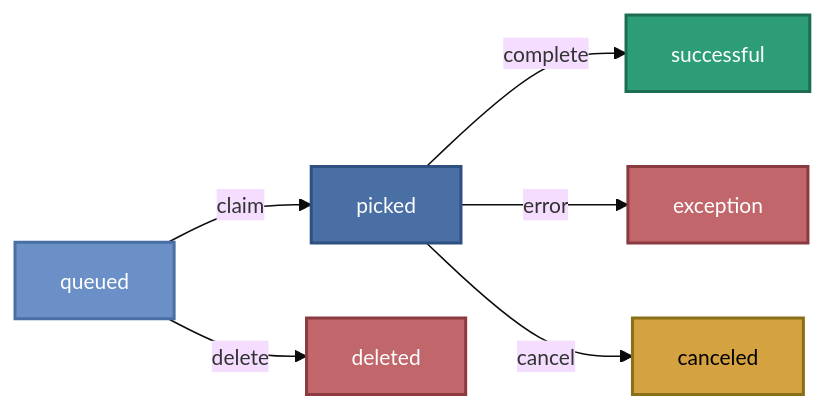
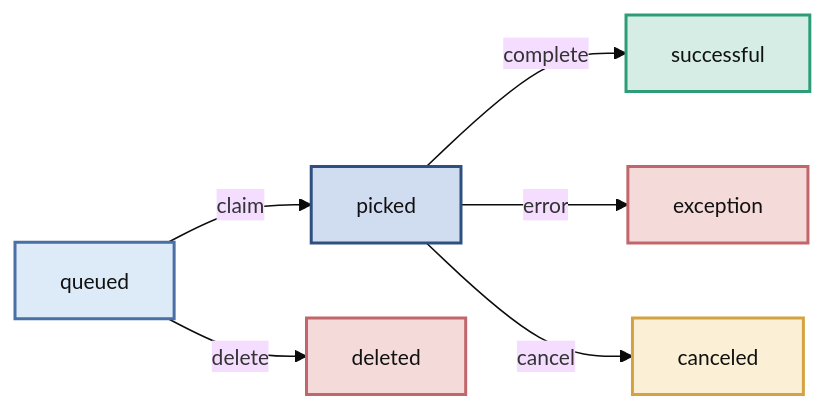
Before and after one commit to janbjorge/pgqueuer: the diagram in docs/guides/completion-tracking.md, drawn with Mermaid. The commit also changed 2 other files, not shown here.

Commit message:
docs: fix diagram contrast — light fills with dark text
Replace dark fills + white text with light fills + near-black text (#111).
Brand colors now used as borders, not backgrounds:

  #DDEAF7 / border #4A6FA5  — queued / producer / active
  #D0DCF0 / border #2E5080  — database / picked
  #D5EDE5 / border #2D9D78  — success
  #F5DADA / border #C1666B  — error / exception
  #FBF0D5 / border #D4A240  — canceled

````diff
--- a/docs/guides/completion-tracking.md
+++ b/docs/guides/completion-tracking.md
@@ -27,28 +27,28 @@
 ```mermaid
 %%{init: {'theme': 'base', 'themeVariables': {'fontSize': '14px', 'fontFamily': 'Inter, sans-serif'}}}%%
 flowchart LR
     Queued[queued]
     Picked[picked]
     Success[successful]
     Exception[exception]
     Canceled[canceled]
     Deleted[deleted]
 
     Queued -->|claim| Picked
     Queued -->|delete| Deleted
     Picked -->|complete| Success
     Picked -->|error| Exception
     Picked -->|cancel| Canceled
 
-    classDef queued  fill:#6B8FC7,stroke:#4A6FA5,stroke-width:2px,color:#fff
-    classDef picked  fill:#4A6FA5,stroke:#2E5080,stroke-width:2px,color:#fff
-    classDef success fill:#2D9D78,stroke:#1d6d55,stroke-width:2px,color:#fff
-    classDef error   fill:#C1666B,stroke:#8b3a3f,stroke-width:2px,color:#fff
-    classDef canceled fill:#D4A240,stroke:#8b6e1a,stroke-width:2px,color:#000
+    classDef queued   fill:#DDEAF7,stroke:#4A6FA5,stroke-width:2px,color:#111
+    classDef picked   fill:#D0DCF0,stroke:#2E5080,stroke-width:2px,color:#111
+    classDef success  fill:#D5EDE5,stroke:#2D9D78,stroke-width:2px,color:#111
+    classDef error    fill:#F5DADA,stroke:#C1666B,stroke-width:2px,color:#111
+    classDef canceled fill:#FBF0D5,stroke:#D4A240,stroke-width:2px,color:#111
 
     class Queued queued
     class Picked picked
     class Success success
     class Exception,Deleted error
     class Canceled canceled
 ```
````
